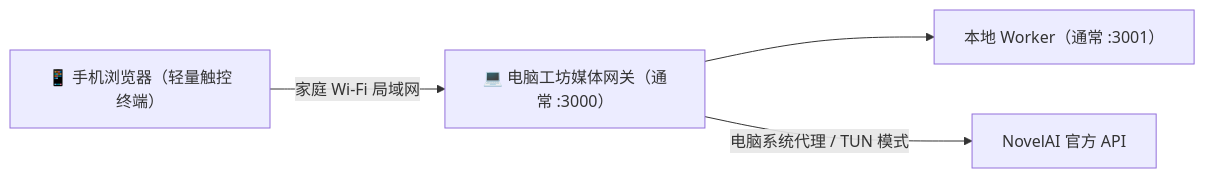
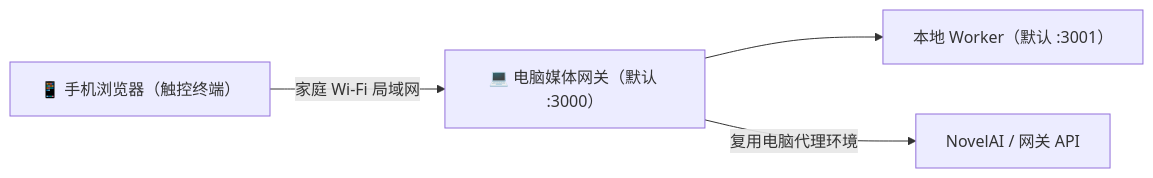
Before and after one commit to HelloQun54321/nai-atelier: the first of 2 diagrams in README.md, drawn with Mermaid. The commit also changed other lines of this file and 20 other files, not shown here.

````diff
--- a/README.md
+++ b/README.md
@@ -153,6 +140,6 @@
 ```mermaid
 flowchart LR
-    P["📱 手机浏览器（轻量触控终端）"] -->|家庭 Wi-Fi 局域网| G["💻 电脑工坊媒体网关（通常 :3000）"]
-    G --> W["本地 Worker（通常 :3001）"]
-    G -->|电脑系统代理 / TUN 模式| N["NovelAI 官方 API"]
+    P["📱 手机浏览器（触控终端）"] -->|家庭 Wi-Fi 局域网| G["💻 电脑媒体网关（默认 :3000）"]
+    G --> W["本地 Worker（默认 :3001）"]
+    G -->|复用电脑代理环境| N["NovelAI / 网关 API"]
 ```
````
